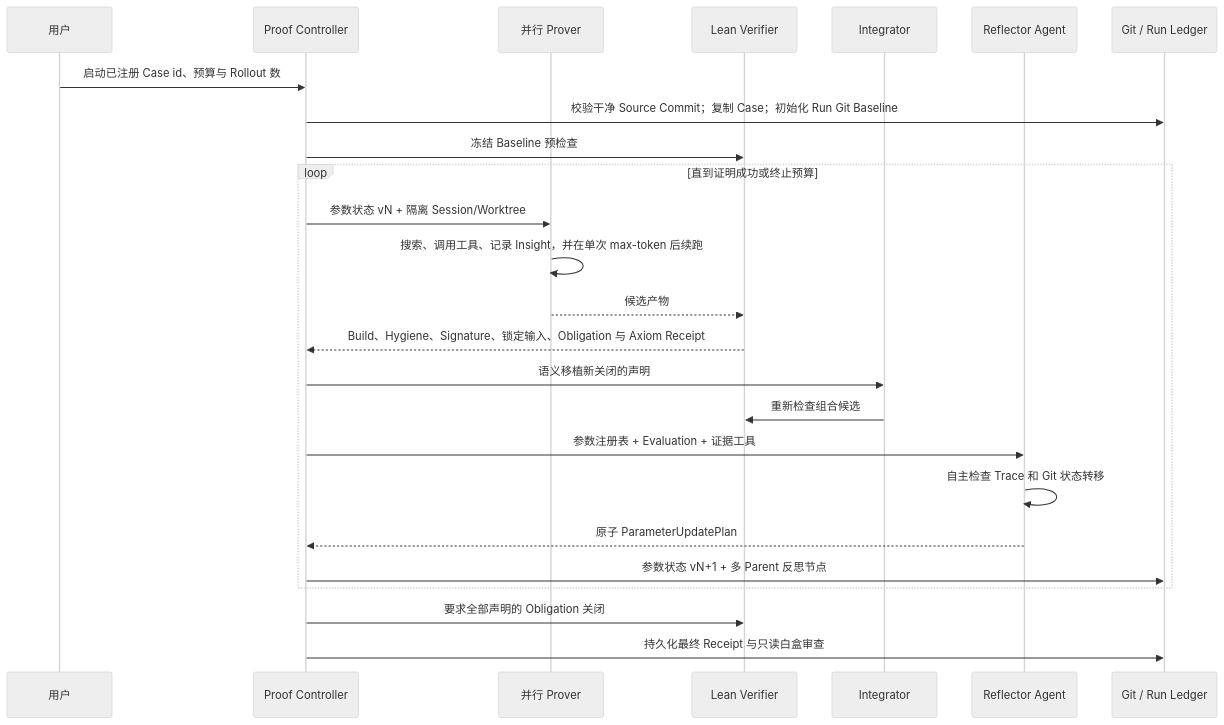
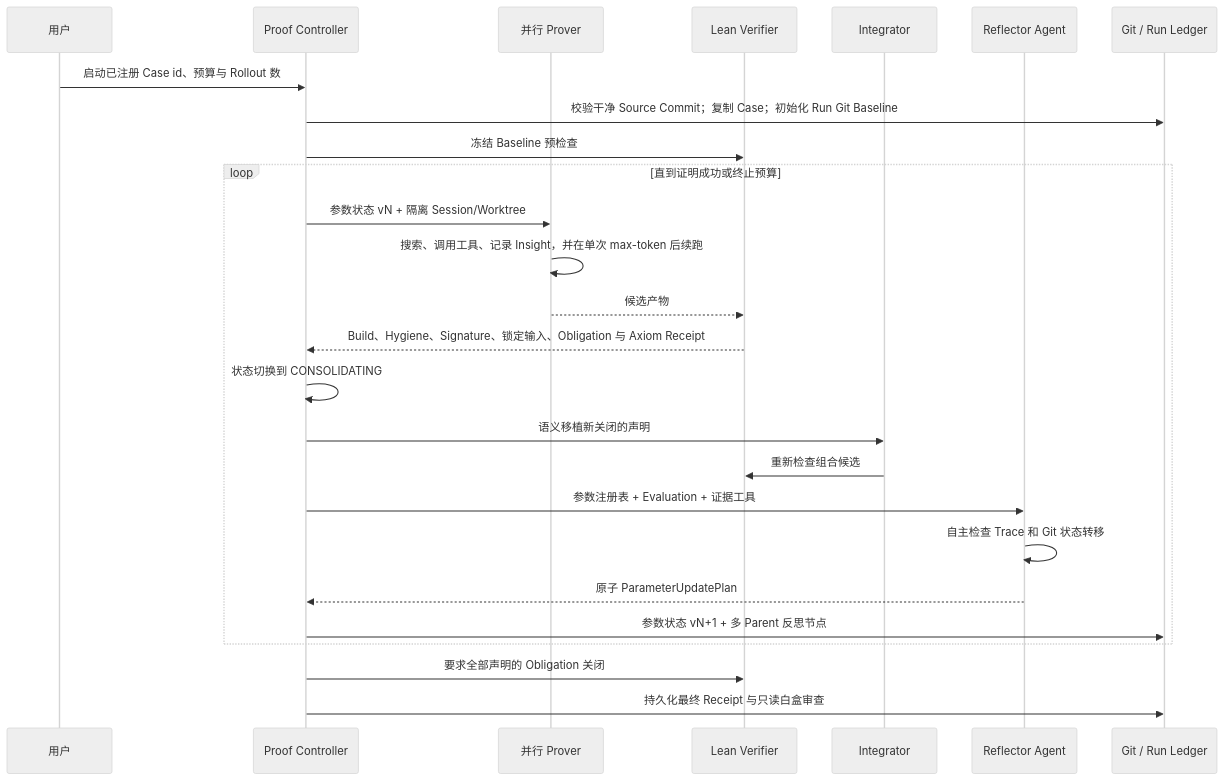
The second of 2 diagrams in docs/zh-CN/architecture/dsh-formal-proof-bundle.md (BruceLoveLee000/tokens-as-parameters), drawn with Mermaid (neutral theme) before and after one commit. The commit also changed other lines of this file and 27 other files, not shown here.

````diff
--- a/docs/zh-CN/architecture/dsh-formal-proof-bundle.md
+++ b/docs/zh-CN/architecture/dsh-formal-proof-bundle.md
@@ -78,28 +83,29 @@
 ```mermaid
 sequenceDiagram
   participant U as 用户
   participant C as Proof Controller
   participant P as 并行 Prover
   participant L as Lean Verifier
   participant I as Integrator
   participant R as Reflector Agent
   participant G as Git / Run Ledger
 
   U->>C: 启动已注册 Case id、预算与 Rollout 数
   C->>G: 校验干净 Source Commit；复制 Case；初始化 Run Git Baseline
   C->>L: 冻结 Baseline 预检查
   loop 直到证明成功或终止预算
     C->>P: 参数状态 vN + 隔离 Session/Worktree
     P->>P: 搜索、调用工具、记录 Insight，并在单次 max-token 后续跑
     P-->>L: 候选产物
     L-->>C: Build、Hygiene、Signature、锁定输入、Obligation 与 Axiom Receipt
+    C->>C: 状态切换到 CONSOLIDATING
     C->>I: 语义移植新关闭的声明
     I->>L: 重新检查组合候选
     C->>R: 参数注册表 + Evaluation + 证据工具
     R->>R: 自主检查 Trace 和 Git 状态转移
     R-->>C: 原子 ParameterUpdatePlan
     C->>G: 参数状态 vN+1 + 多 Parent 反思节点
   end
   C->>L: 要求全部声明的 Obligation 关闭
   C->>G: 持久化最终 Receipt 与只读白盒审查
 ```
````
